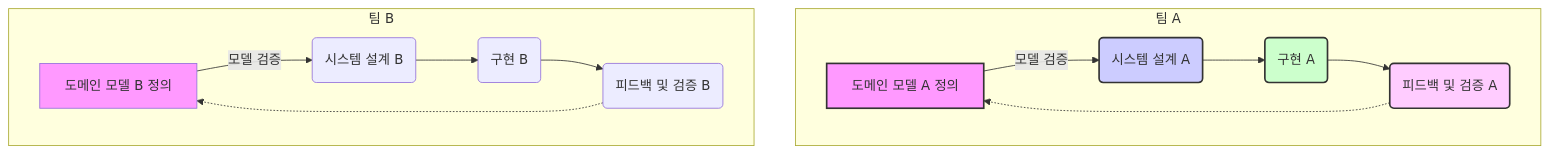
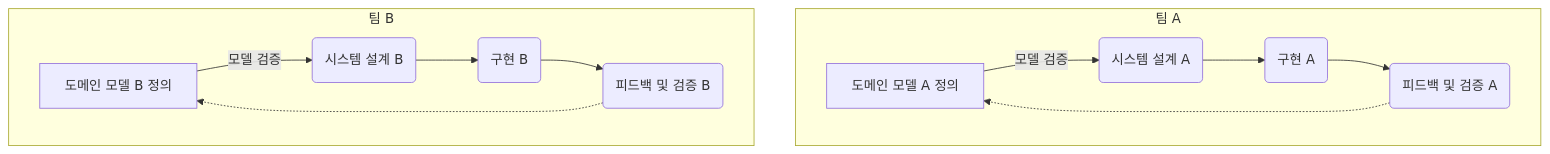
One commit to christopher3810/DomainDrivenDesign changed the second of 2 diagrams in DDD/3장 모델과 구현의 연계.md. Above: the diagram before and after it, drawn with Mermaid. The commit also changed other lines of this file, not shown here.

````diff
--- a/DDD/3장 모델과 구현의 연계.md
+++ b/DDD/3장 모델과 구현의 연계.md
@@ -79,20 +74,15 @@
 ```mermaid
 graph TD;
     subgraph "팀 A"
     A1[도메인 모델 A 정의] -->|모델 검증| B1(시스템 설계 A)
     B1 --> C1(구현 A)
     C1 --> D1(피드백 및 검증 A)
     D1 -.-> A1
     end
     subgraph "팀 B"
     A2[도메인 모델 B 정의] -->|모델 검증| B2(시스템 설계 B)
     B2 --> C2(구현 B)
     C2 --> D2(피드백 및 검증 B)
     D2 -.-> A2
     end
-    style A1 fill:#f9f,stroke:#333,stroke-width:2px;
-    style B1 fill:#ccf,stroke:#333,stroke-width:2px;
-    style C1 fill:#cfc,stroke:#333,stroke-width:2px;
-    style D1 fill:#fcf,stroke:#333,stroke-width:2px;
-    style A2 fill:#f9f,stroke:#
 ```
````
